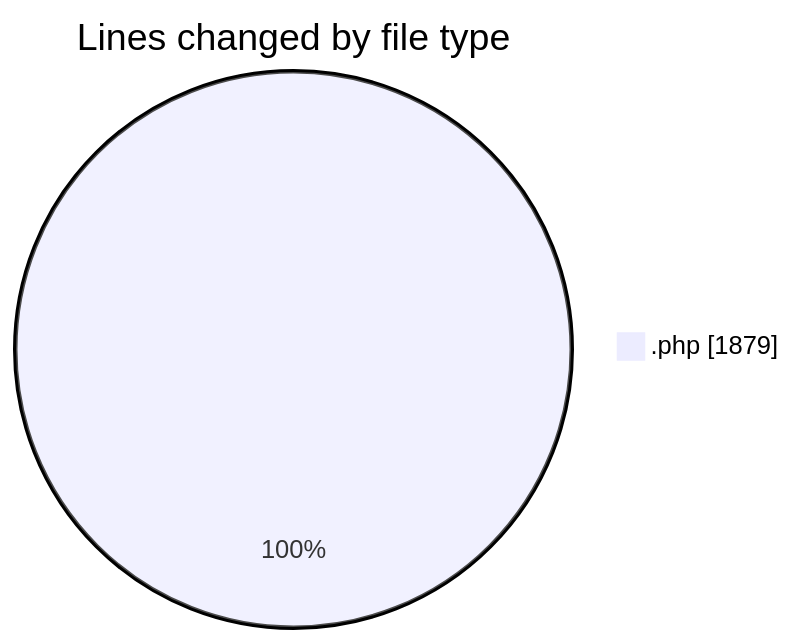
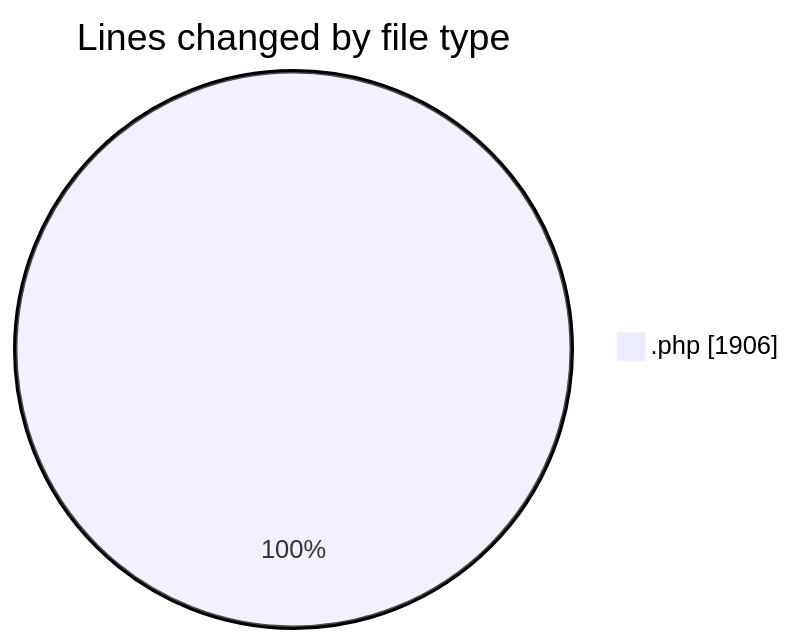
Before and after one commit to debugP/code-tracking: the first of 2 diagrams in 2025-10-02/untitled__workspace_/README.md, drawn with Mermaid. The commit also changed other lines of this file and 1 other file, not shown here.

````diff
--- a/2025-10-02/untitled__workspace_/README.md
+++ b/2025-10-02/untitled__workspace_/README.md
@@ -21,5 +21,5 @@
 ```mermaid
 pie showData
 title Lines changed by file type
-".php" : 1879
+".php" : 1906
 ```
````
